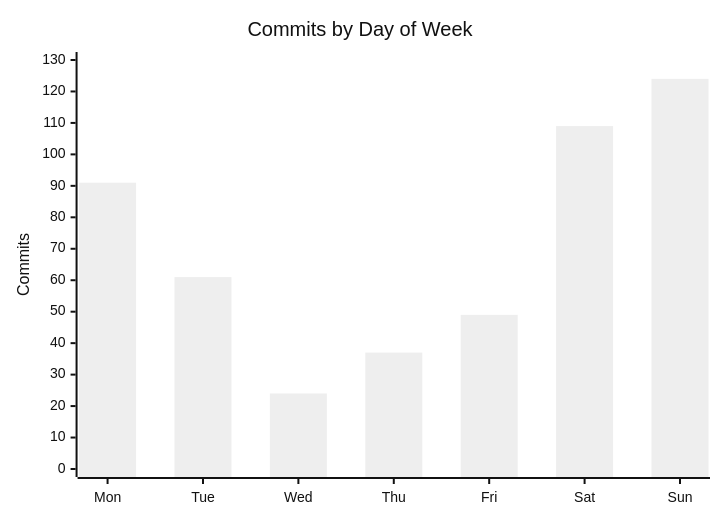
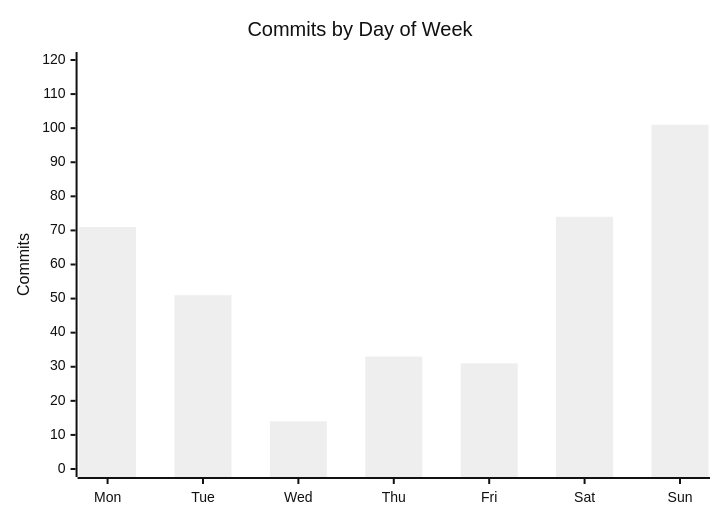
One commit to fusion94/fusion94 changed the second of 4 diagrams in code-stats.md. Above: the diagram before and after it, drawn with Mermaid (neutral theme). The commit also changed other lines of this file and 2 other files, not shown here.

````diff
--- a/code-stats.md
+++ b/code-stats.md
@@ -89,7 +76,7 @@
 ```mermaid
 xychart-beta
     title "Commits by Day of Week"
     x-axis ["Mon", "Tue", "Wed", "Thu", "Fri", "Sat", "Sun"]
-    y-axis "Commits" 0 --> 130
-    bar [91, 61, 24, 37, 49, 109, 124]
+    y-axis "Commits" 0 --> 120
+    bar [71, 51, 14, 33, 31, 74, 101]
 ```
````
